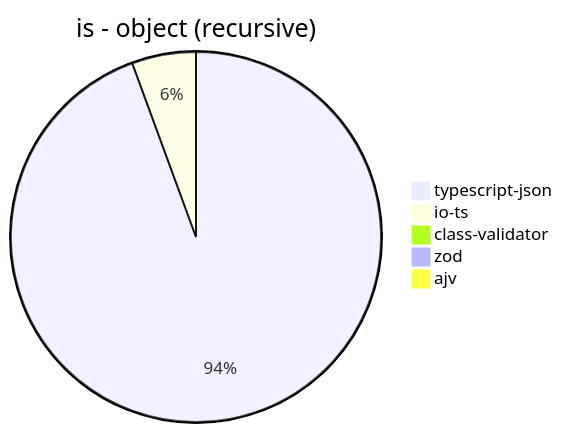
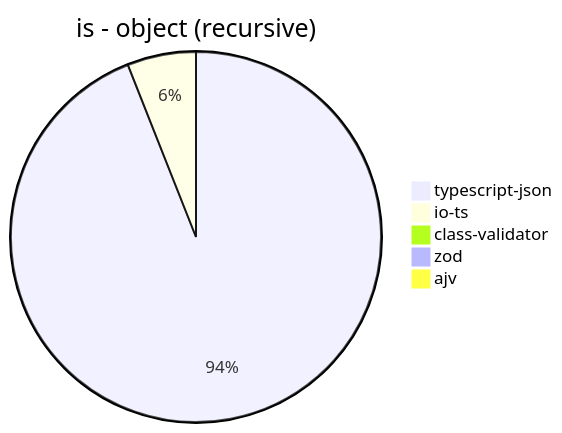
Before and after one commit to samchon/typia: the second of 32 diagrams in benchmark/results/AMD Ryzen 7 5800H with Radeon Graphics.md, drawn with Mermaid. The commit also changed other lines of this file and 7 other files, not shown here.

````diff
--- a/benchmark/results/AMD Ryzen 7 5800H with Radeon Graphics.md
+++ b/benchmark/results/AMD Ryzen 7 5800H with Radeon Graphics.md
@@ -31,8 +31,8 @@
 ```mermaid
 pie title is - object (recursive)
-  "typescript-json": 81610.78928312816
-  "io-ts": 4836.22641509434
-  "class-validator": 66.17647058823529
-  "zod": 69.36838262139467
+  "typescript-json": 76773.3761598858
+  "io-ts": 4899.49935101057
+  "class-validator": 40.563067234673085
+  "zod": 70.5796306454562
   "ajv": 0
 ```
````
